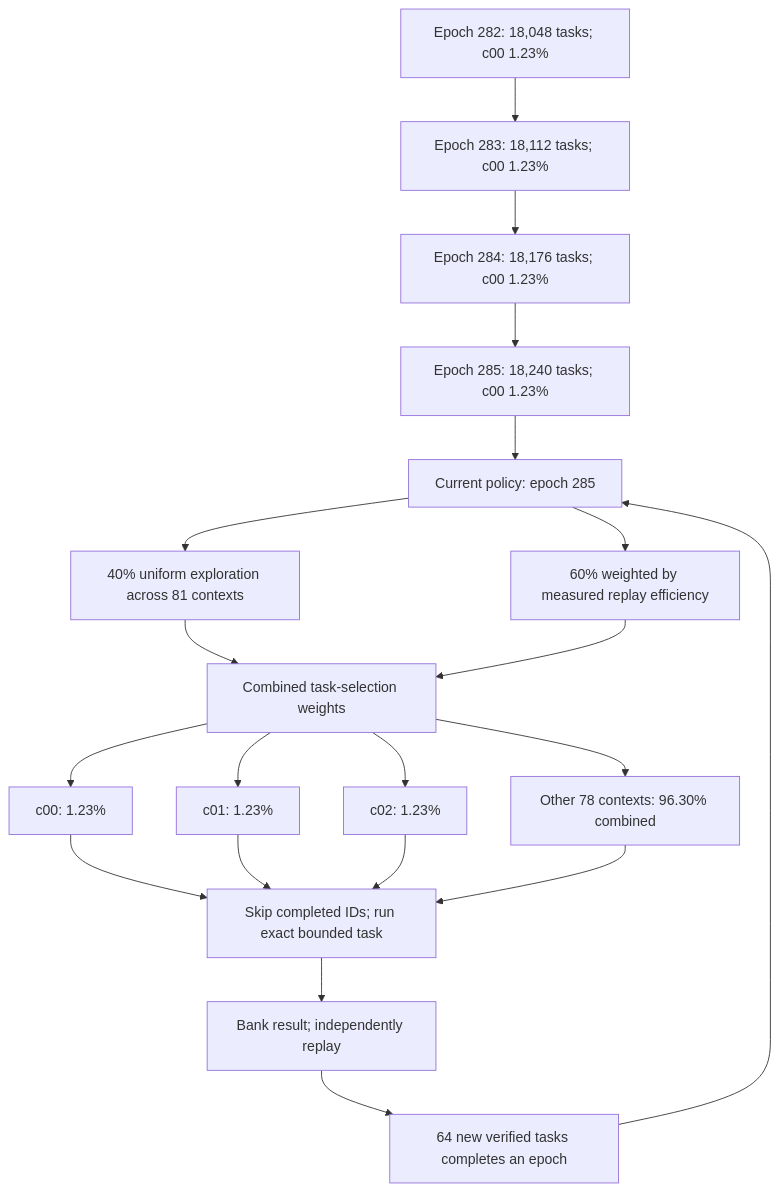
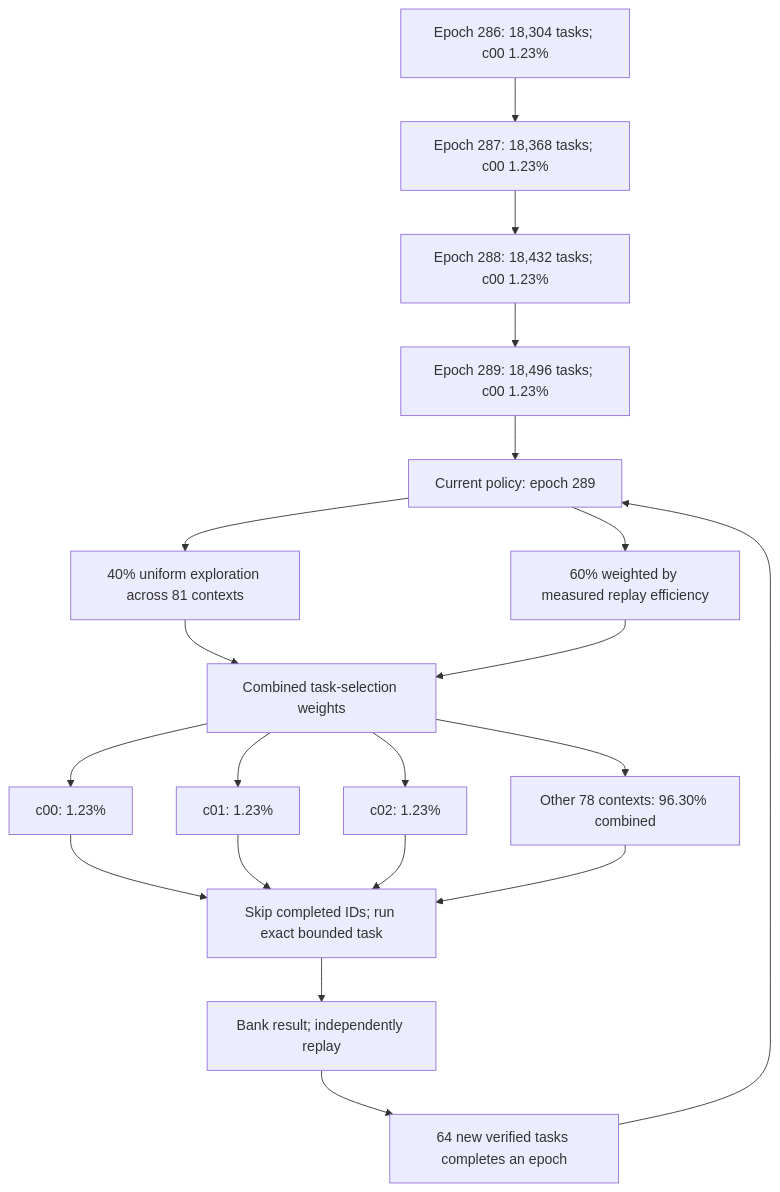
The first of 2 diagrams in README.md (Kuberwastaken/math-gambling), drawn with Mermaid before and after one commit. The commit also changed other lines of this file and 630 other files, not shown here.

````diff
--- a/README.md
+++ b/README.md
@@ -49,27 +49,27 @@
 ```mermaid
 flowchart TD
-    H0["Epoch 282: 18,048 tasks; c00 1.23%"]
-    H1["Epoch 283: 18,112 tasks; c00 1.23%"]
+    H0["Epoch 286: 18,304 tasks; c00 1.23%"]
+    H1["Epoch 287: 18,368 tasks; c00 1.23%"]
     H0 --> H1
-    H2["Epoch 284: 18,176 tasks; c00 1.23%"]
+    H2["Epoch 288: 18,432 tasks; c00 1.23%"]
     H1 --> H2
-    H3["Epoch 285: 18,240 tasks; c00 1.23%"]
+    H3["Epoch 289: 18,496 tasks; c00 1.23%"]
     H2 --> H3
-    Policy["Current policy: epoch 285"]
+    Policy["Current policy: epoch 289"]
     H3 --> Policy
     Policy --> Explore["40% uniform exploration across 81 contexts"]
     Policy --> Cost["60% weighted by measured replay efficiency"]
     Explore --> Mix["Combined task-selection weights"]
     Cost --> Mix
     Mix --> C0["c00: 1.23%"]
     Mix --> C1["c01: 1.23%"]
     Mix --> C2["c02: 1.23%"]
     Mix --> Rest["Other 78 contexts: 96.30% combined"]
     C0 --> Check["Skip completed IDs; run exact bounded task"]
     C1 --> Check
     C2 --> Check
     Rest --> Check
     Check --> Replay["Bank result; independently replay"]
     Replay --> Gate["64 new verified tasks completes an epoch"]
     Gate --> Policy
 ```
````
